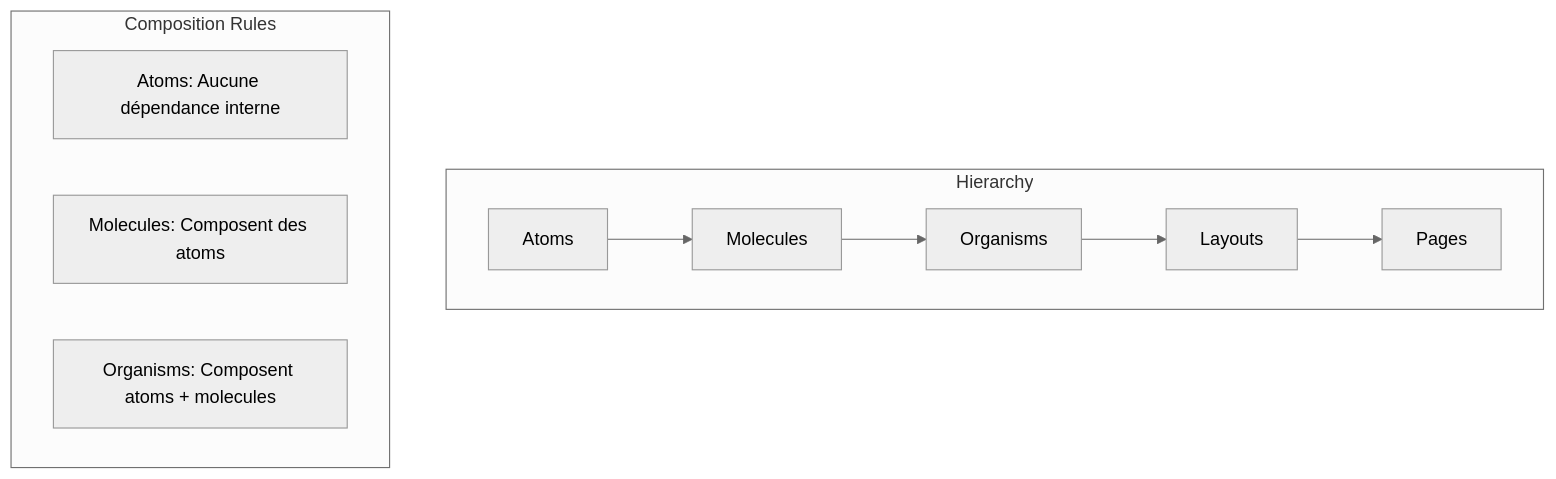
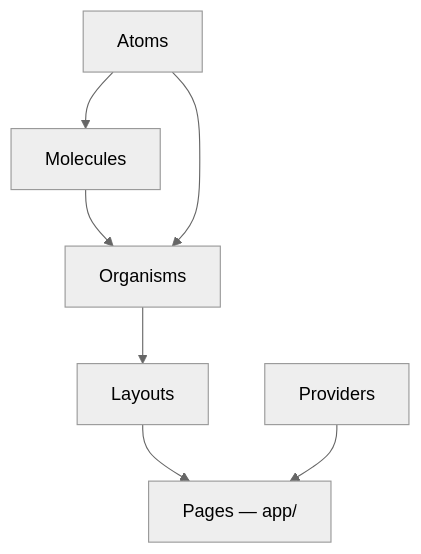
The diagram in docs/documentation-implementation/arc42/05-building-blocks/frontend.md (Sojeremy/documentation-skillswap), drawn with Mermaid (neutral theme) before and after one commit. The commit also changed other lines of this file, not shown here.

````diff
--- a/docs/documentation-implementation/arc42/05-building-blocks/frontend.md
+++ b/docs/documentation-implementation/arc42/05-building-blocks/frontend.md
@@ -65,15 +76,9 @@
 ```mermaid
 graph TB
-    subgraph "Hierarchy"
-        A[Atoms] --> M[Molecules]
-        M --> O[Organisms]
-        O --> L[Layouts]
-        L --> P[Pages]
-    end
-
-    subgraph "Composition Rules"
-        R1["Atoms: Aucune dépendance interne"]
-        R2["Molecules: Composent des atoms"]
-        R3["Organisms: Composent atoms + molecules"]
-    end
+    A[Atoms] --> M[Molecules]
+    M --> O[Organisms]
+    A --> O
+    O --> L[Layouts]
+    L --> P[Pages — app/]
+    PR[Providers] --> P
 ```
````
